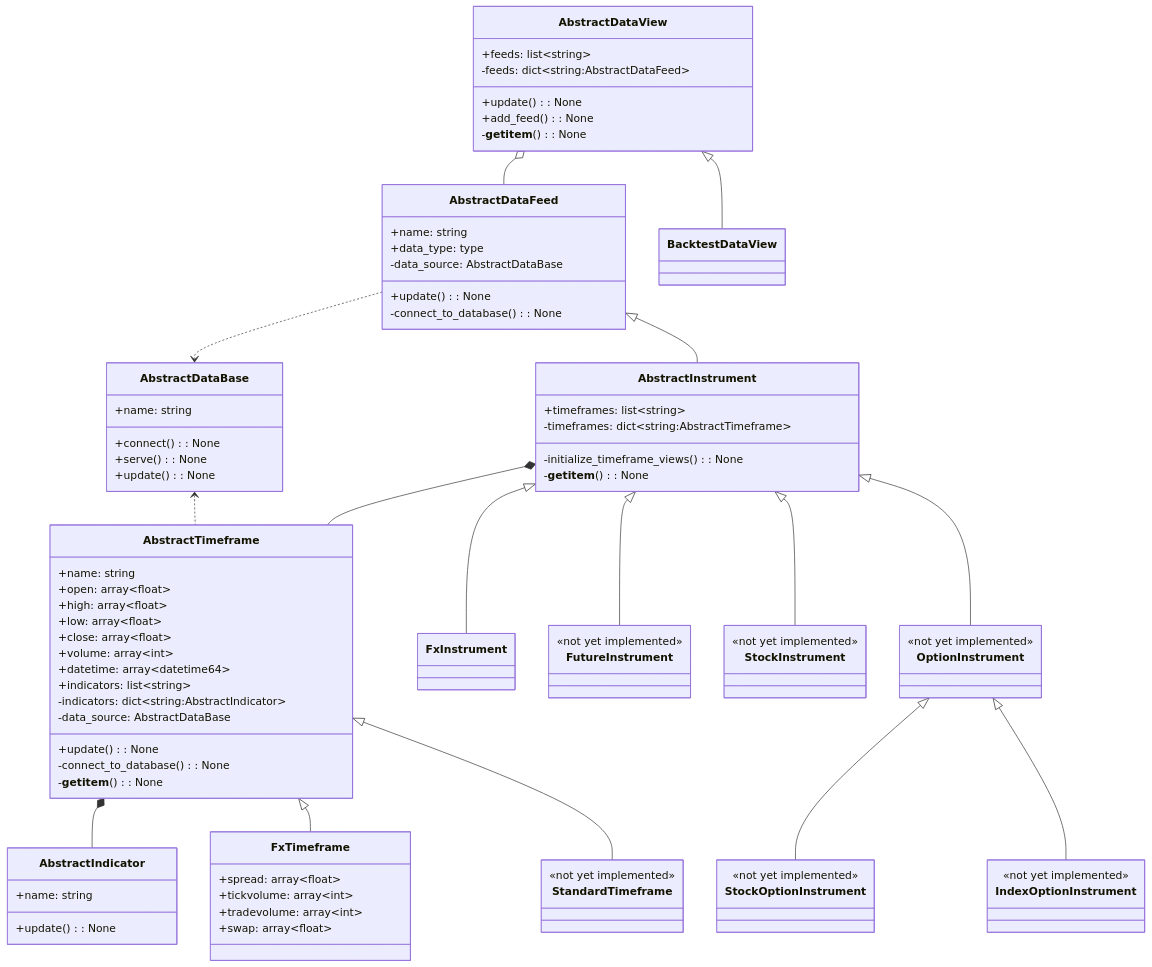
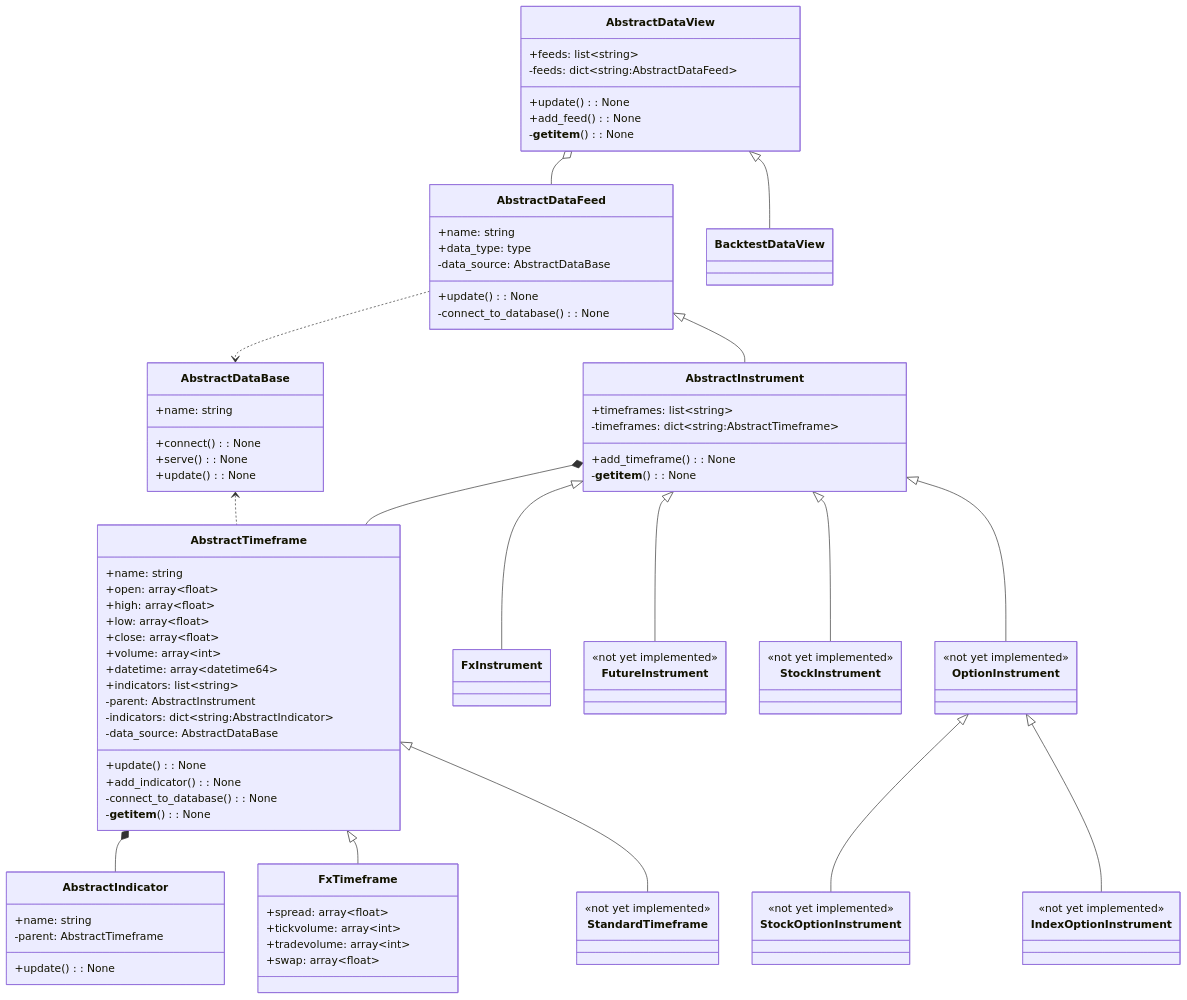
Before and after one commit to ryancardenas/marketresearch: the fifth of 5 diagrams in README.md, drawn with Mermaid. The commit also changed 1 other file, not shown here.

Commit message:
Create AbstractIndicator class and update class diagrams

```diff
--- a/README.md
+++ b/README.md
@@ -96,7 +96,7 @@
     class AbstractInstrument{
         +timeframes: list~string~
         -timeframes: dict~string:AbstractTimeframe~
-        -initialize_timeframe_views(): None
+        +add_timeframe(): None
         -__getitem__(): None
     }
 
@@ -109,15 +109,18 @@
         +volume: array~int~
         +datetime: array~datetime64~
         +indicators: list~string~
+        -parent: AbstractInstrument
         -indicators: dict~string:AbstractIndicator~
         -data_source: AbstractDataBase
         +update(): None
+        +add_indicator(): None
         -connect_to_database(): None
         -__getitem__(): None
     }
 
     class AbstractIndicator{
         +name: string
+        -parent: AbstractTimeframe
         +update(): None
     }
 
```
